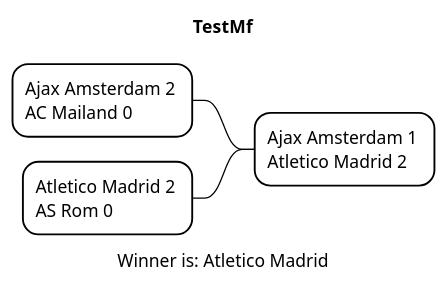
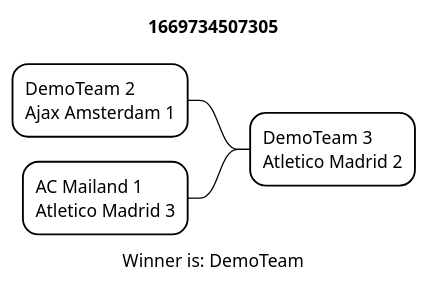
The diagram in asciidocs/plantuml/Result.puml (htl-leonding-project/2022-4ahif-autohaus), drawn with PlantUML before and after one commit. The commit also changed 4 other files, not shown here.

```diff
--- a/asciidocs/plantuml/Result.puml
+++ b/asciidocs/plantuml/Result.puml
@@ -1,19 +1,19 @@
-@startmindmap TestMf.png
+@startmindmap 1669734507305.png
     <style>
     mindmapDiagram{
         node{
             BackgroundColor White
 
         }
         LineColor Black
     }
     </style>
-title TestMf
+title 1669734507305
 
-- Ajax Amsterdam 1 \nAtletico Madrid 2
+- DemoTeam 3 \nAtletico Madrid 2
 
--- Ajax Amsterdam 2 \nAC Mailand 0
+-- DemoTeam 2 \nAjax Amsterdam 1
 
--- Atletico Madrid 2 \nAS Rom 0
-caption Winner is: Atletico Madrid
+-- AC Mailand 1 \nAtletico Madrid 3
+caption Winner is: DemoTeam
 @endmindmap
```
